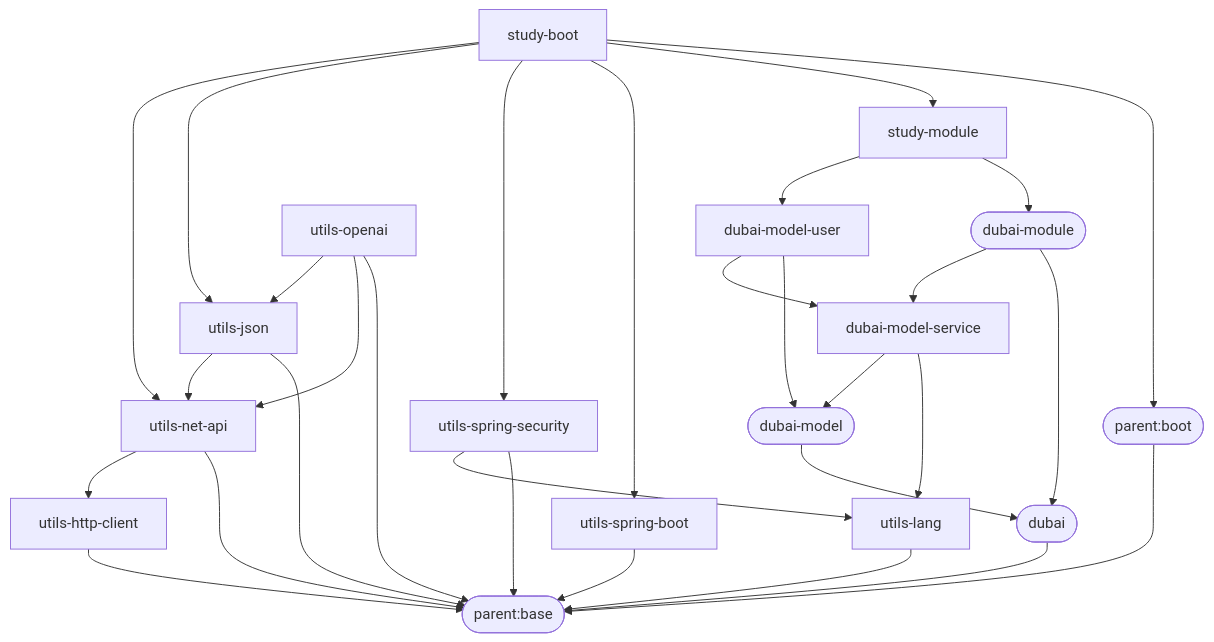
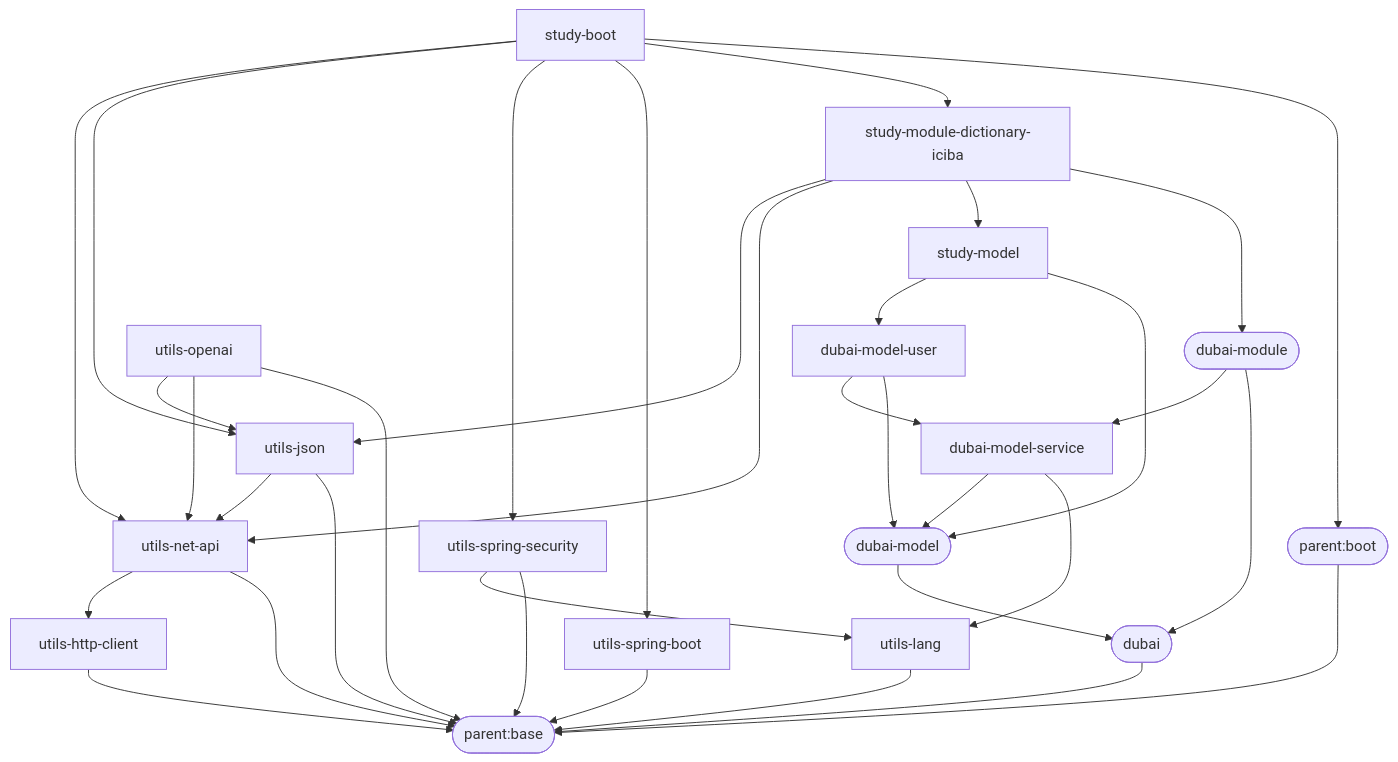
Before and after one commit to dbstarll/dbstarll.github.io: the diagram in README.md, drawn with Mermaid. The commit also changed other lines of this file, not shown here.

Commit message:
update study version

````diff
--- a/README.md
+++ b/README.md
@@ -18,44 +19,49 @@
 ```mermaid
 graph TD;
     parent.base([parent:base]);
     parent.boot([parent:boot])--->parent.base;
 
     utils-lang-->parent.base;
 
     utils-spring-boot-->parent.base;
 
     utils-spring-security-->parent.base;
     utils-spring-security-->utils-lang;
 
     utils-http-client-->parent.base;
 
     utils-net-api-->parent.base;
     utils-net-api-->utils-http-client;
 
     utils-json-->parent.base;
     utils-json-->utils-net-api;
 
     dubai([dubai])-->parent.base;
     dubai-model([dubai-model])-->dubai;
     dubai-model-service-->utils-lang;
     dubai-model-service-->dubai-model;
     dubai-module([dubai-module])-->dubai;
     dubai-module-->dubai-model-service;
     
     dubai-model-user-->dubai-model;
     dubai-model-user-->dubai-model-service;
 
-    study-module-->dubai-module;
-    study-module-->dubai-model-user;
+    study-module-dictionary-iciba-->dubai-module;
+    study-module-dictionary-iciba-->study-model;
+    study-module-dictionary-iciba-->utils-net-api;
+    study-module-dictionary-iciba-->utils-json;
+
+    study-model-->dubai-model;
+    study-model-->dubai-model-user;
 
     study-boot-->parent.boot;
-    study-boot-->study-module;
+    study-boot-->study-module-dictionary-iciba;
     study-boot-->utils-spring-boot;
     study-boot-->utils-spring-security;
     study-boot-->utils-json;
     study-boot-->utils-net-api;
 
     utils-openai-->parent.base;
     utils-openai-->utils-net-api;
     utils-openai-->utils-json;
 ```
````
